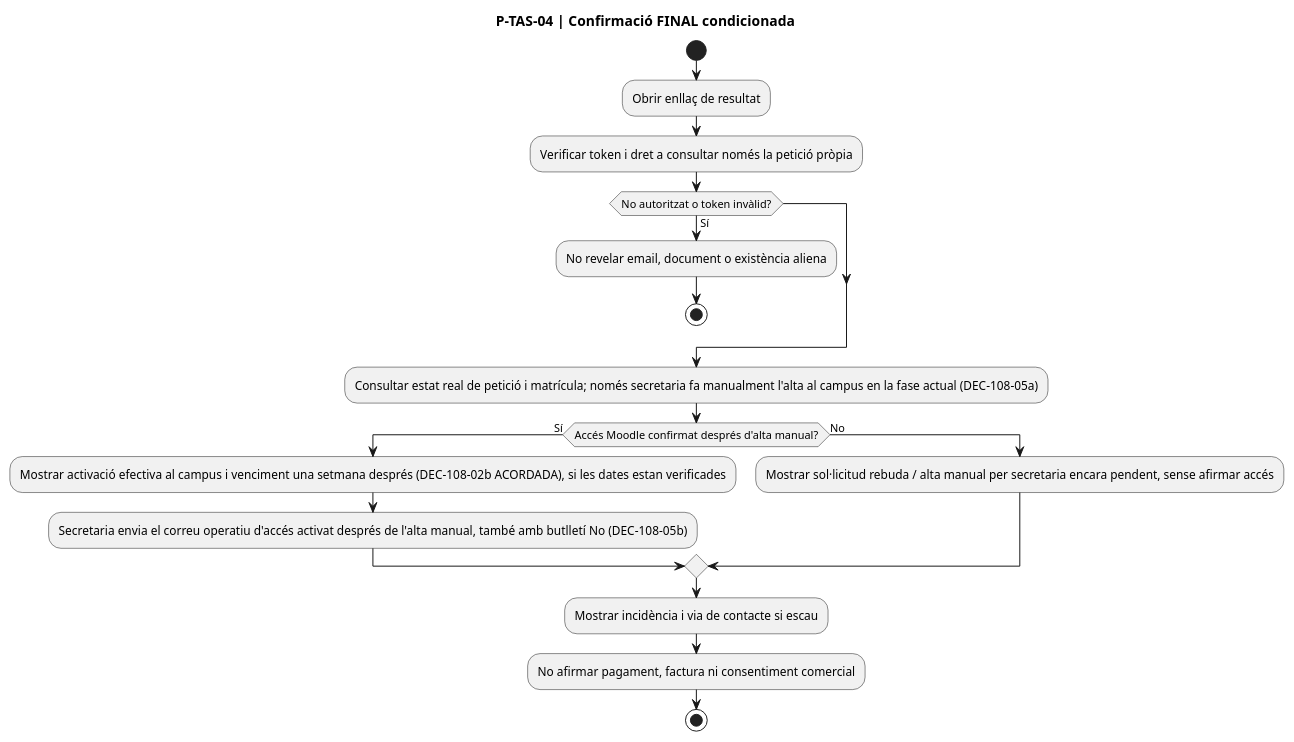
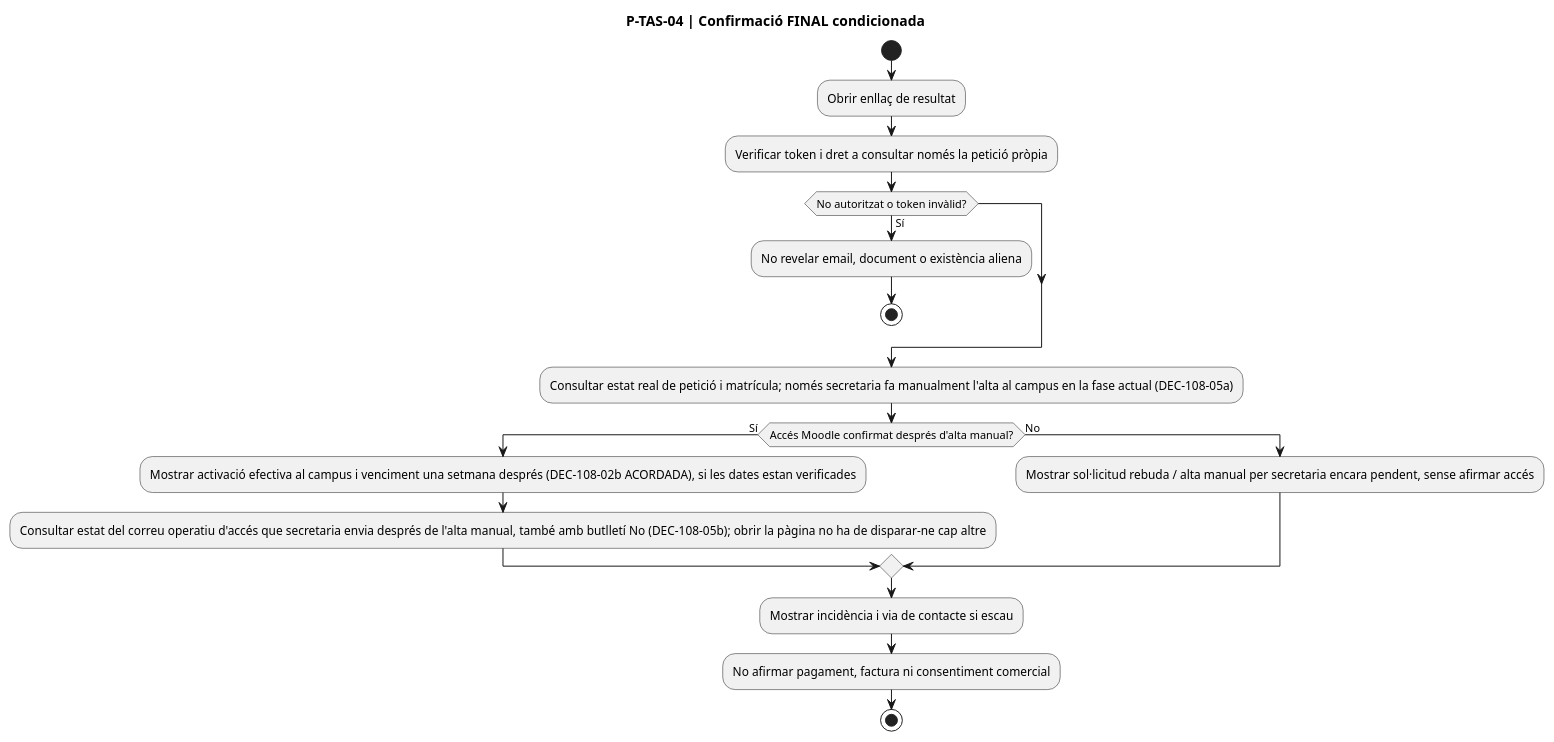
Diagram 28 of 32 in documentacio/07-uml-integrat/uc-108-activitats-pagines-tastets-actual-final.md (orgmeriemprismacat-del/verifactu), drawn with PlantUML before and after one commit.

Commit message:
docs(uml): reading confirmation page must not trigger secretariat access email

````diff
--- a/documentacio/07-uml-integrat/uc-108-activitats-pagines-tastets-actual-final.md
+++ b/documentacio/07-uml-integrat/uc-108-activitats-pagines-tastets-actual-final.md
@@ -708,22 +708,22 @@
 ```plantuml
 @startuml
 title P-TAS-04 | Confirmació FINAL condicionada
 start
 :Obrir enllaç de resultat;
 :Verificar token i dret a consultar només la petició pròpia;
 if (No autoritzat o token invàlid?) then (Sí)
   :No revelar email, document o existència aliena;
   stop
 endif
  :Consultar estat real de petició i matrícula; només secretaria fa manualment l'alta al campus en la fase actual (DEC-108-05a);
 if (Accés Moodle confirmat després d'alta manual?) then (Sí)
   :Mostrar activació efectiva al campus i venciment una setmana després (DEC-108-02b ACORDADA), si les dates estan verificades;
-  :Secretaria envia el correu operatiu d'accés activat després de l'alta manual, també amb butlletí No (DEC-108-05b);
+  :Consultar estat del correu operatiu d'accés que secretaria envia després de l'alta manual, també amb butlletí No (DEC-108-05b); obrir la pàgina no ha de disparar-ne cap altre;
 else (No)
   :Mostrar sol·licitud rebuda / alta manual per secretaria encara pendent, sense afirmar accés;
 endif
 :Mostrar incidència i via de contacte si escau;
 :No afirmar pagament, factura ni consentiment comercial;
 stop
 @enduml
 ```
````
